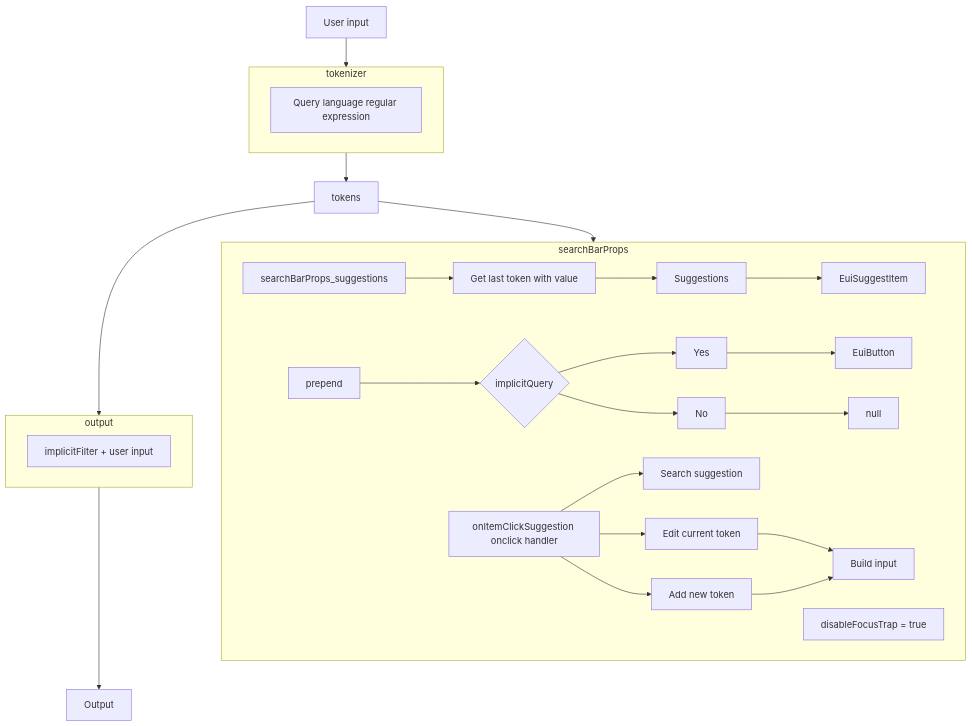
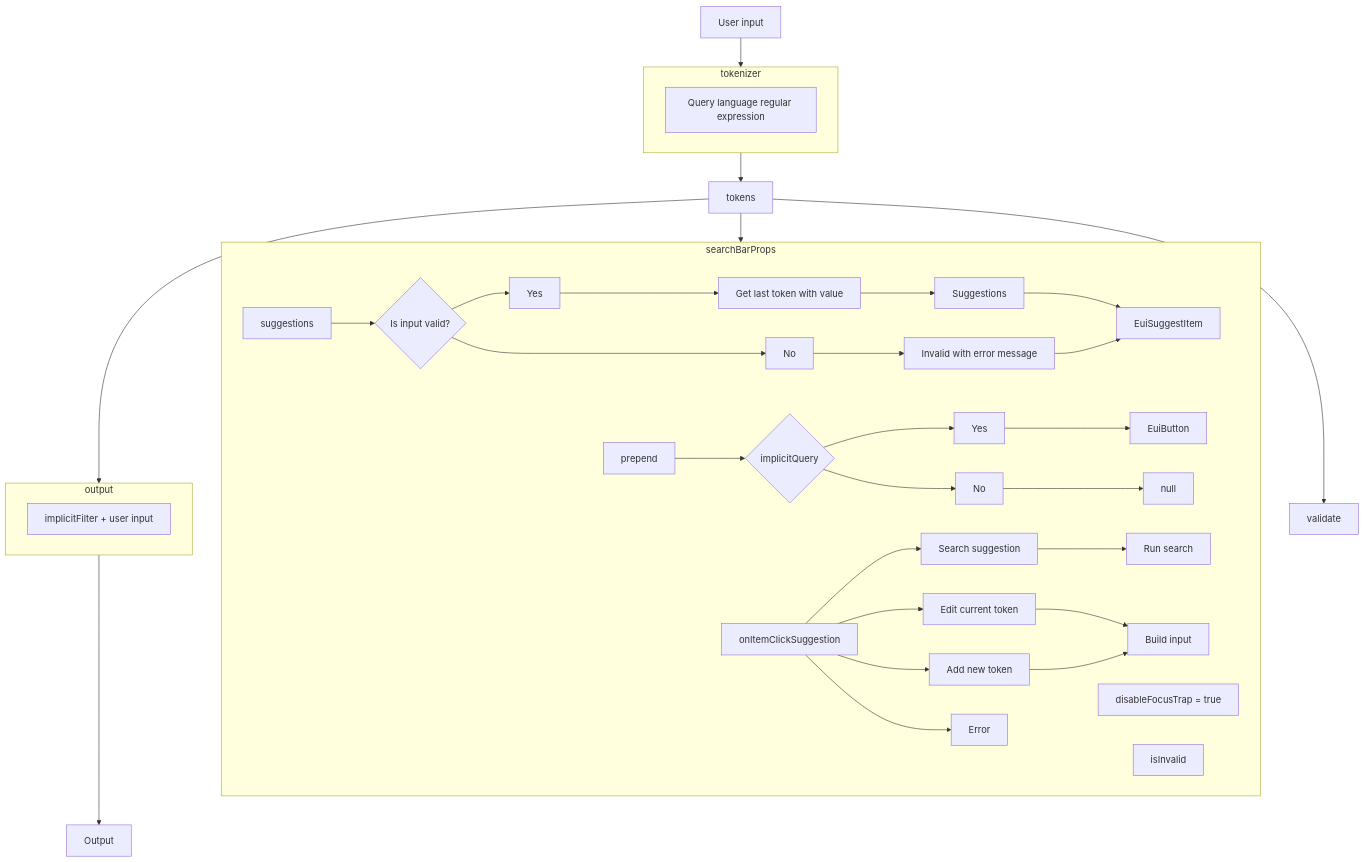
The diagram in public/components/search-bar/query-language/wql.md (wazuh/wazuh-dashboard-plugins), drawn with Mermaid before and after one commit. The commit also changed other lines of this file and 5 other files, not shown here.

First line of the commit message:
feat(search-bar): add enhancements to WQL

````diff
--- a/public/components/search-bar/query-language/wql.md
+++ b/public/components/search-bar/query-language/wql.md
@@ -310,30 +203,38 @@
 ```mermaid
 graph TD;
     user_input[User input]-->tokenizer;
     subgraph tokenizer
         tokenize_regex[Query language regular expression]
     end
 
     tokenizer-->tokens;
+    tokens-->validate;
     
     tokens-->searchBarProps;
     subgraph searchBarProps;
-        searchBarProps_suggestions-->searchBarProps_suggestions_get_last_token_with_value[Get last token with value]
-        searchBarProps_suggestions_get_last_token_with_value[Get last token with value]-->searchBarProps_suggestions__result[Suggestions]
+        searchBarProps_suggestions[suggestions]-->searchBarProps_suggestions_input_isvalid{Input is valid}
+        searchBarProps_suggestions_input_isvalid{Is input valid?}-->searchBarProps_suggestions_input_isvalid_success[Yes]
+        searchBarProps_suggestions_input_isvalid{Is input valid?}-->searchBarProps_suggestions_input_isvalid_fail[No]
+        searchBarProps_suggestions_input_isvalid_success[Yes]--->searchBarProps_suggestions_get_last_token_with_value[Get last token with value]-->searchBarProps_suggestions__result[Suggestions]
         searchBarProps_suggestions__result[Suggestions]-->EuiSuggestItem
+        searchBarProps_suggestions_input_isvalid_fail[No]-->searchBarProps_suggestions_invalid[Invalid with error message]
+        searchBarProps_suggestions_invalid[Invalid with error message]-->EuiSuggestItem
         searchBarProps_prepend[prepend]-->searchBarProps_prepend_implicitQuery{implicitQuery}
         searchBarProps_prepend_implicitQuery{implicitQuery}-->searchBarProps_prepend_implicitQuery_yes[Yes]-->EuiButton
         searchBarProps_prepend_implicitQuery{implicitQuery}-->searchBarProps_prepend_implicitQuery_no[No]-->null
         searchBarProps_disableFocusTrap:true[disableFocusTrap = true]
-        searchBarProps_onItemClick[onItemClickSuggestion onclick handler]-->searchBarProps_onItemClick_suggestion_search[Search suggestion]
-        searchBarProps_onItemClick[onItemClickSuggestion onclick handler]-->searchBarProps_onItemClick_suggestion_edit_current_token[Edit current token]-->searchBarProps_onItemClick_build_input[Build input]
-        searchBarProps_onItemClick[onItemClickSuggestion onclick handler]-->searchBarProps_onItemClick_suggestion_add_new_token[Add new token]-->searchBarProps_onItemClick_build_input[Build input]
+        searchBarProps_onItemClick[onItemClickSuggestion]-->searchBarProps_onItemClick_suggestion_search[Search suggestion]
+        searchBarProps_onItemClick_suggestion_search[Search suggestion]-->searchBarProps_onItemClick_suggestion_search_run[Run search]
+        searchBarProps_onItemClick[onItemClickSuggestion]-->searchBarProps_onItemClick_suggestion_edit_current_token[Edit current token]-->searchBarProps_onItemClick_build_input[Build input]
+        searchBarProps_onItemClick[onItemClickSuggestion]-->searchBarProps_onItemClick_suggestion_add_new_token[Add new token]-->searchBarProps_onItemClick_build_input[Build input]
+        searchBarProps_onItemClick[onItemClickSuggestion]-->searchBarProps_onItemClick_suggestion_error[Error]
+        searchBarProps_isInvalid[isInvalid]
     end
 
     tokens-->output;
     subgraph output[output];
         output_result[implicitFilter + user input]
     end
 
     output-->output_search_bar[Output]
 ```
````
